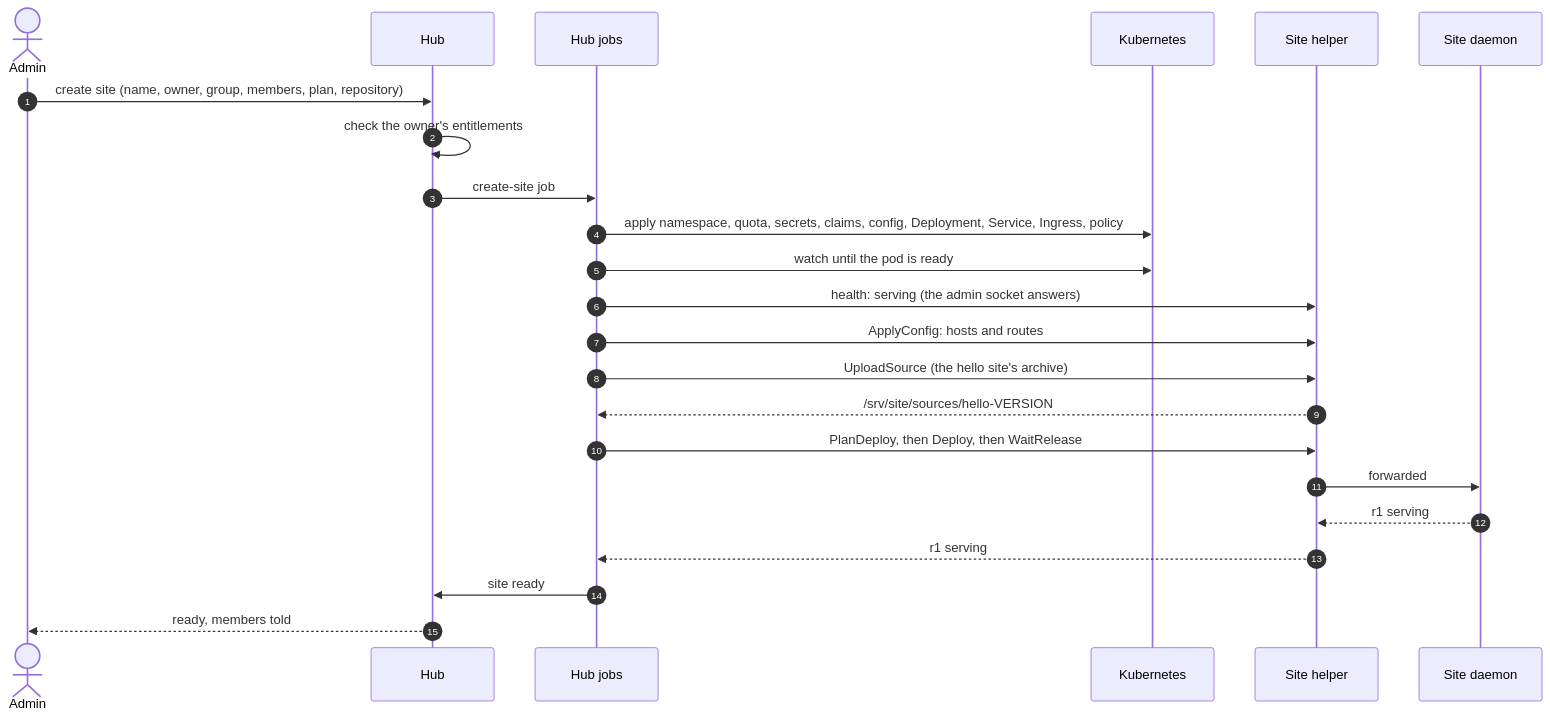
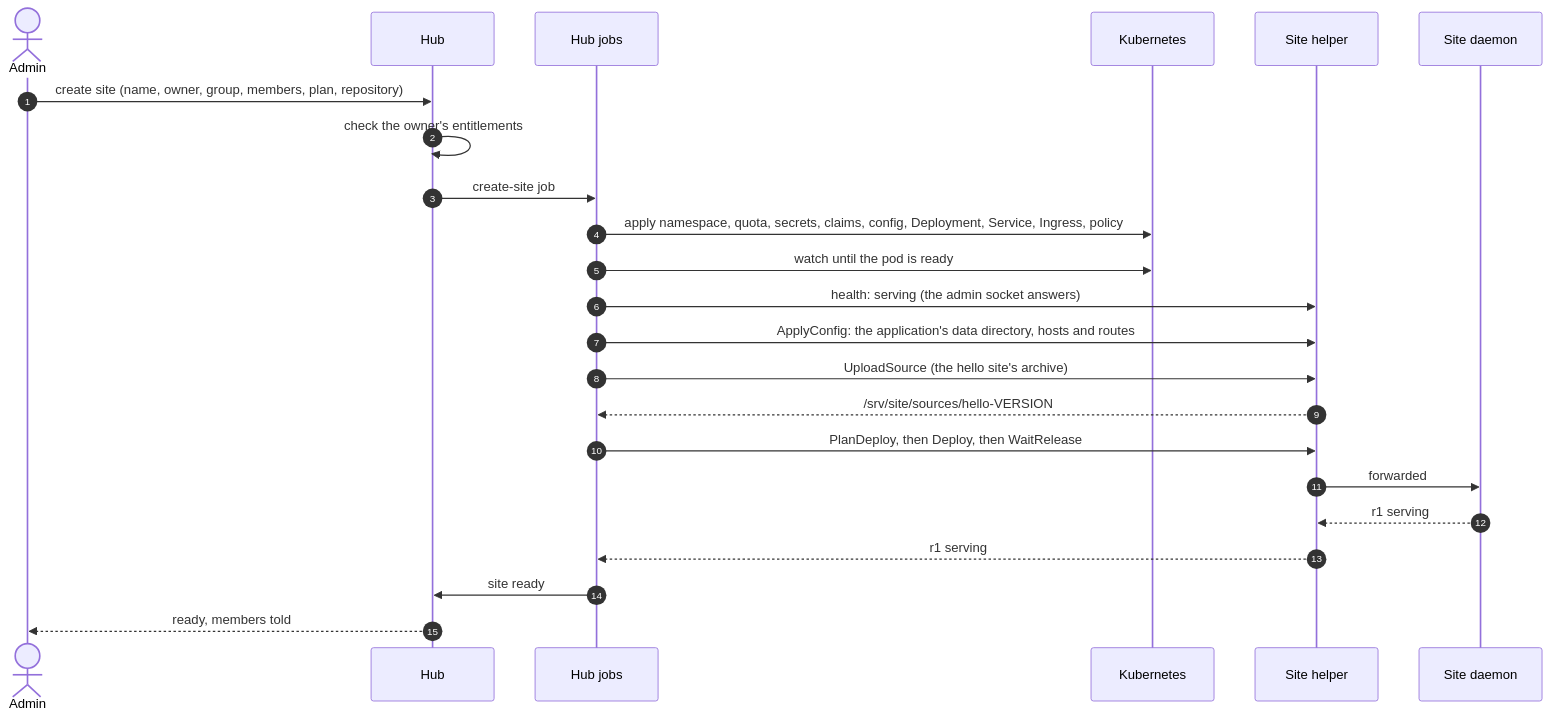
The diagram in docs/project/design/07-site-lifecycle.md (muruhq/muru-hosting), drawn with Mermaid before and after one commit. The commit also changed other lines of this file and 64 other files, not shown here.

````diff
--- a/docs/project/design/07-site-lifecycle.md
+++ b/docs/project/design/07-site-lifecycle.md
@@ -13,26 +13,26 @@
 ```mermaid
 sequenceDiagram
   autonumber
   actor Admin
   participant Hub
   participant Jobs as Hub jobs
   participant K as Kubernetes
   participant H as Site helper
   participant D as Site daemon
 
   Admin->>Hub: create site (name, owner, group, members, plan, repository)
   Hub->>Hub: check the owner's entitlements
   Hub->>Jobs: create-site job
   Jobs->>K: apply namespace, quota, secrets, claims, config, Deployment, Service, Ingress, policy
   Jobs->>K: watch until the pod is ready
   Jobs->>H: health: serving (the admin socket answers)
-  Jobs->>H: ApplyConfig: hosts and routes
+  Jobs->>H: ApplyConfig: the application's data directory, hosts and routes
   Jobs->>H: UploadSource (the hello site's archive)
   H-->>Jobs: /srv/site/sources/hello-VERSION
   Jobs->>H: PlanDeploy, then Deploy, then WaitRelease
   H->>D: forwarded
   D-->>H: r1 serving
   H-->>Jobs: r1 serving
   Jobs->>Hub: site ready
   Hub-->>Admin: ready, members told
 ```
````
